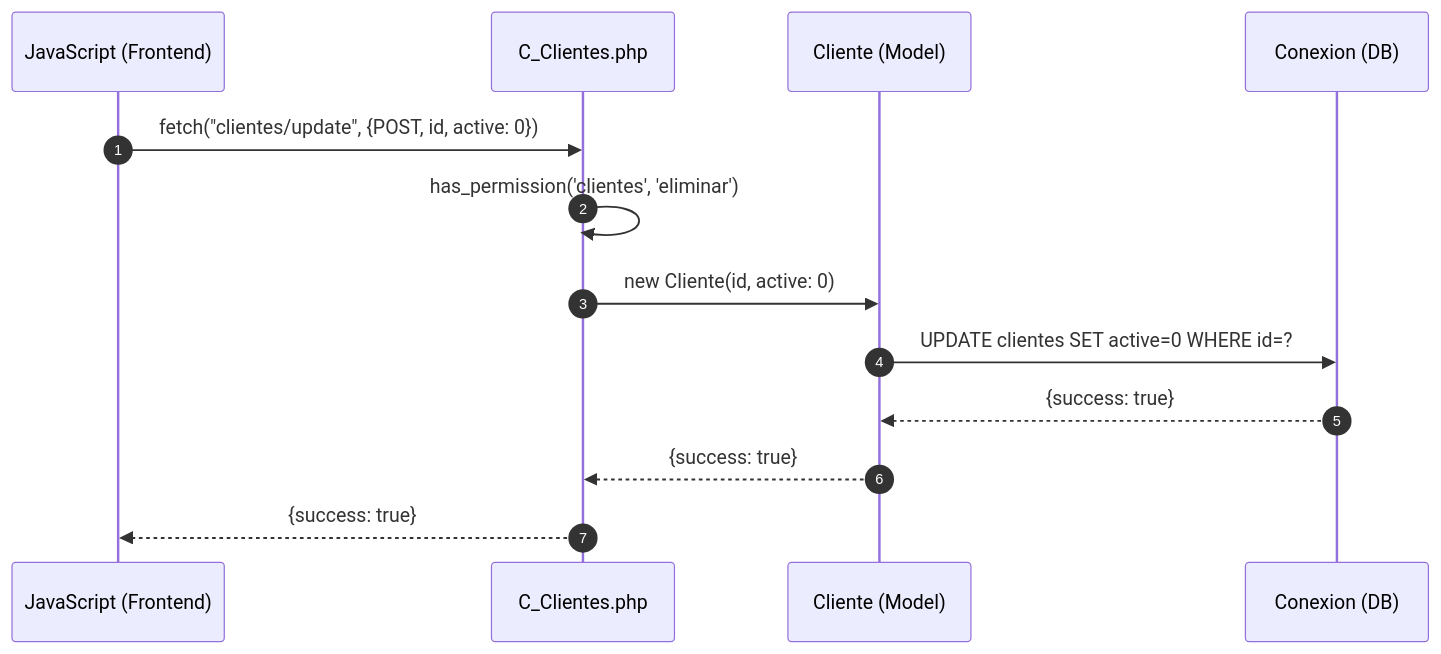
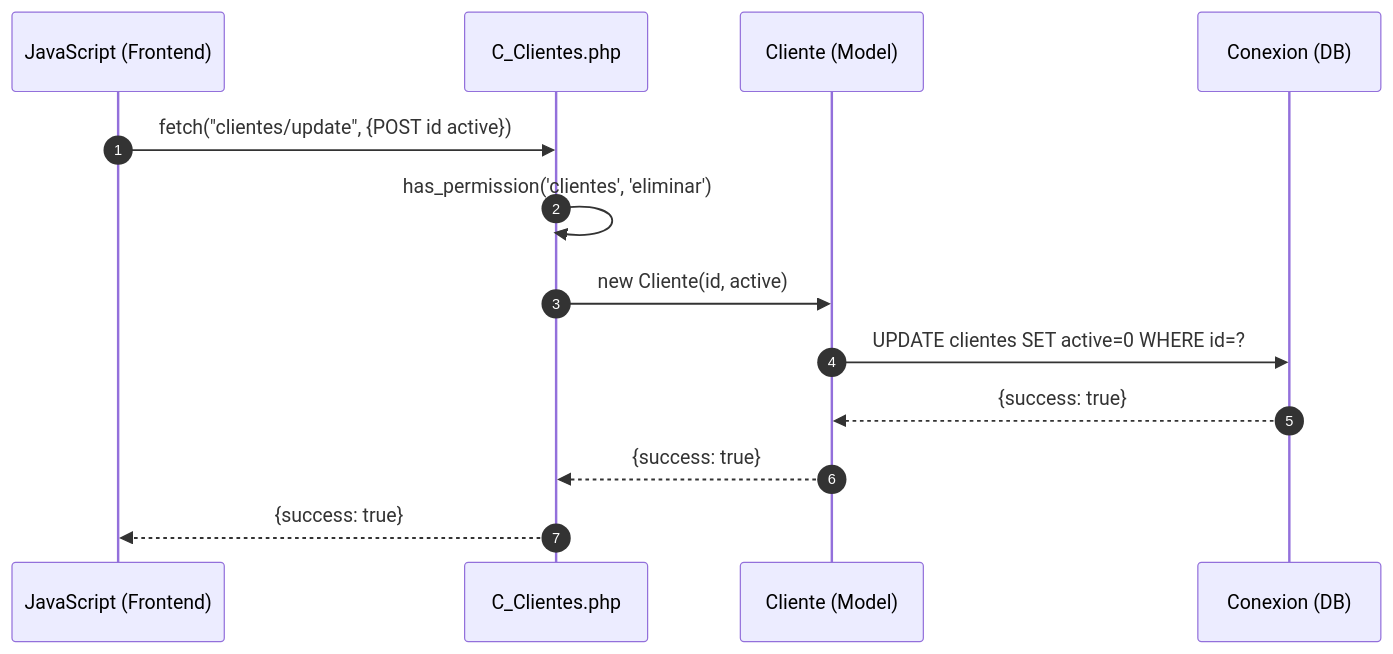
Before and after one commit to Tecrato/BurgerHouse: the fifth of 5 diagrams in docs/secuencia/clientes/clientes.md, drawn with Mermaid. The commit also changed other lines of this file and 13 other files, not shown here.

Commit message:
diagramas de secuencia

````diff
--- a/docs/secuencia/clientes/clientes.md
+++ b/docs/secuencia/clientes/clientes.md
@@ -115,19 +115,19 @@
 ```mermaid
 sequenceDiagram
     autonumber
     participant JS as JavaScript (Frontend)
     participant C_Clientes as C_Clientes.php
     participant Cliente as Cliente (Model)
     participant DB as Conexion (DB)
     
-    JS->>C_Clientes: fetch("clientes/update", {POST, id, active: 0})
+    JS->>C_Clientes: fetch("clientes/update", {POST id active})
     
     C_Clientes->>C_Clientes: has_permission('clientes', 'eliminar')
     
-    C_Clientes->>Cliente: new Cliente(id, active: 0)
+    C_Clientes->>Cliente: new Cliente(id, active)
     Cliente->>DB: UPDATE clientes SET active=0 WHERE id=?
     DB-->>Cliente: {success: true}
     Cliente-->>C_Clientes: {success: true}
     
     C_Clientes-->>JS: {success: true}
 ```
````
